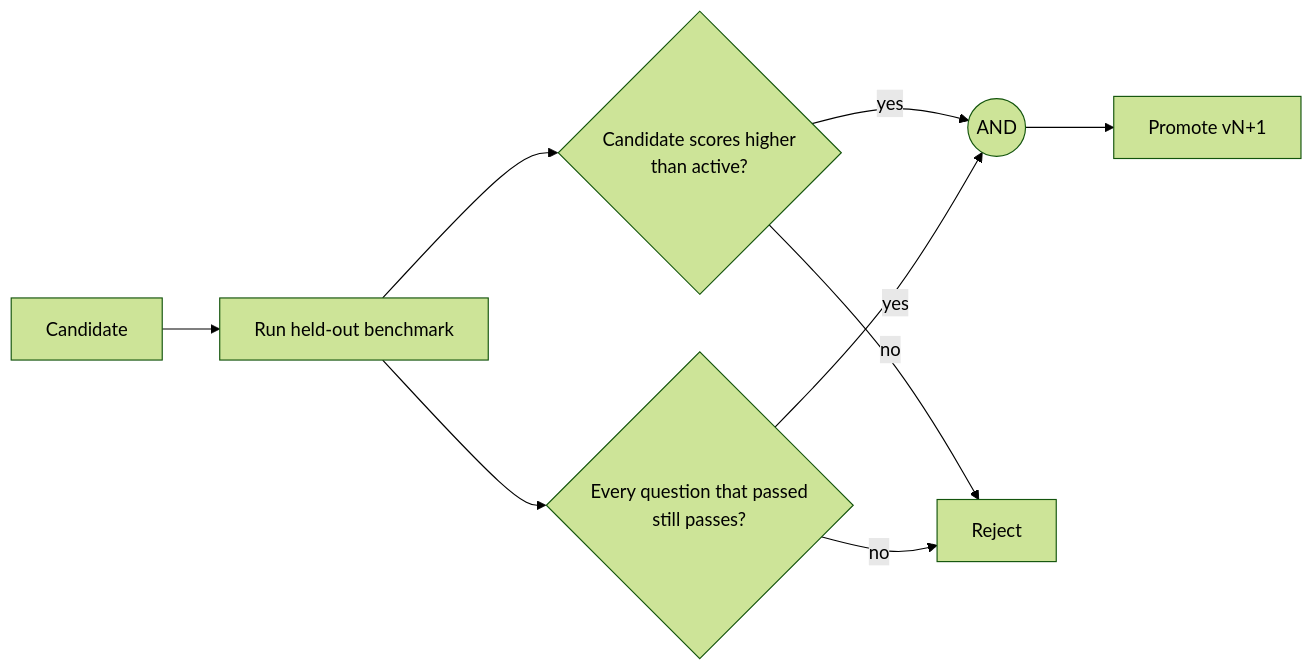
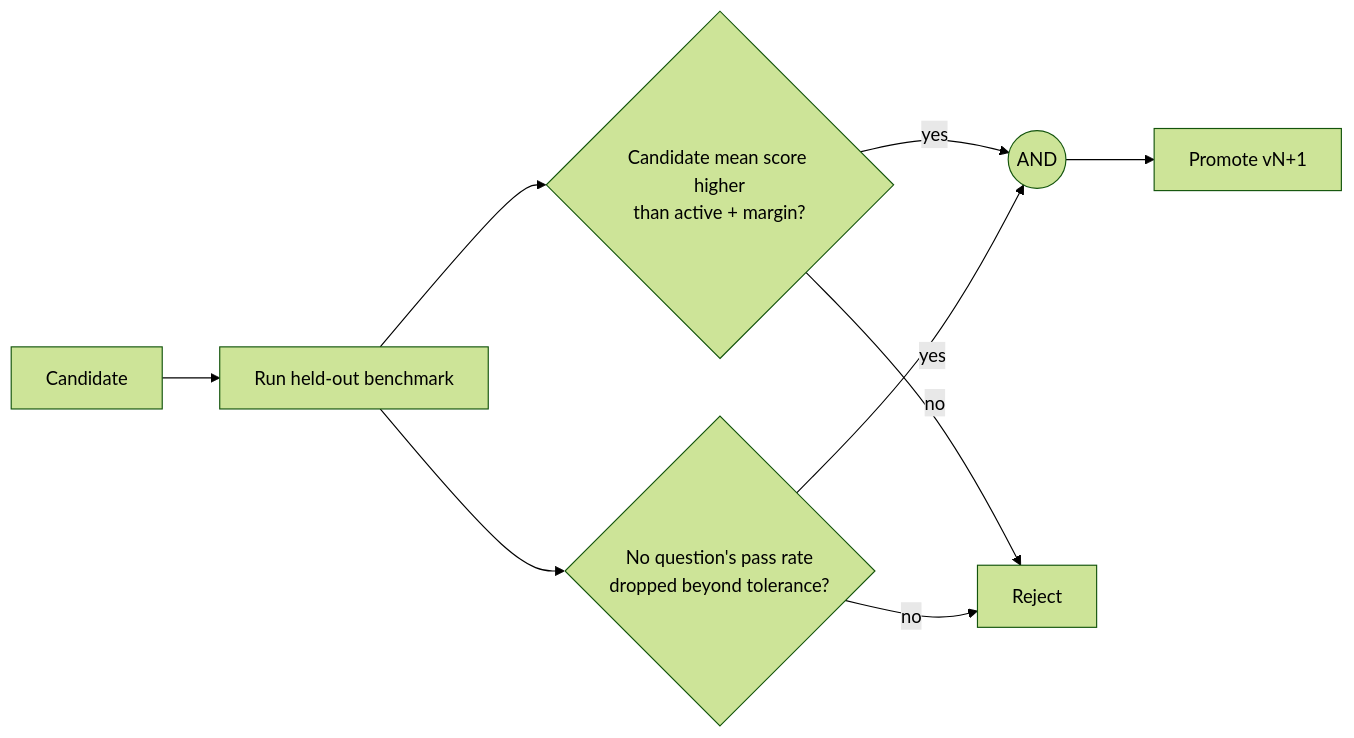
The third of 3 diagrams in README.md (ashishpatel26/Self-Evolving-AI-Agent-Harness), drawn with Mermaid (forest theme) before and after one commit. The commit also changed other lines of this file and 9 other files, not shown here.

First line of the commit message:
feat: complete roadmap - steered improver, wrong-company check, repeats, lock, SQLite, OTel, 3 knobs

````diff
--- a/README.md
+++ b/README.md
@@ -220,11 +237,11 @@
 ```mermaid
 flowchart LR
     C[Candidate] --> B[Run held-out benchmark]
-    B --> Q{"Candidate scores higher<br/>than active?"}
-    B --> R{"Every question that passed<br/>still passes?"}
+    B --> Q{"Candidate mean score higher<br/>than active + margin?"}
+    B --> R{"No question's pass rate<br/>dropped beyond tolerance?"}
     Q -- yes --> AND((AND))
     R -- yes --> AND
     AND --> P[Promote vN+1]
     Q -- no --> X[Reject]
     R -- no --> X
 ```
````
